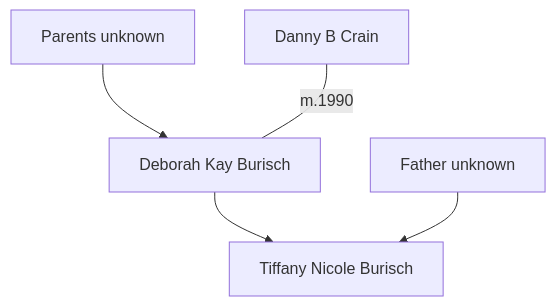
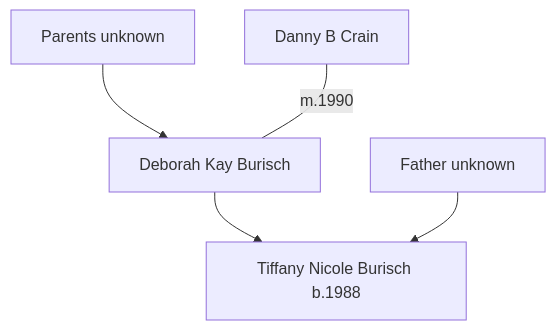
Before and after one commit to Black-Star-Institute/blackstar.github.io: the diagram in docs/people/burisch_deborah.md, drawn with Mermaid.

````diff
--- a/docs/people/burisch_deborah.md
+++ b/docs/people/burisch_deborah.md
@@ -25,7 +25,7 @@
 ```mermaid
 graph TD;
   anon[Parents unknown] --> deborah
-  deborah[Deborah Kay Burisch] --> tiffany[Tiffany Nicole Burisch]
+  deborah[Deborah Kay Burisch] --> tiffany[Tiffany Nicole Burisch b.1988]
   anon2[Father unknown] --> tiffany
   dan[Danny B Crain] -- m.1990 --- deborah
 ```
````
